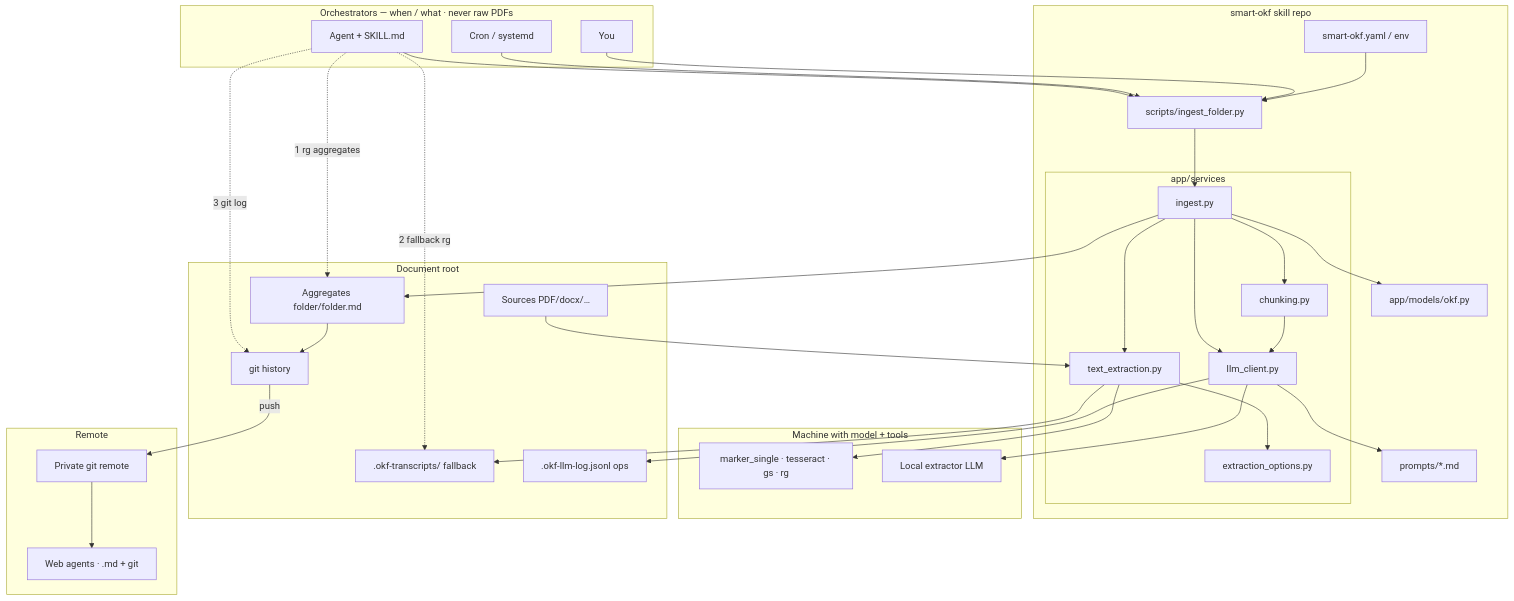
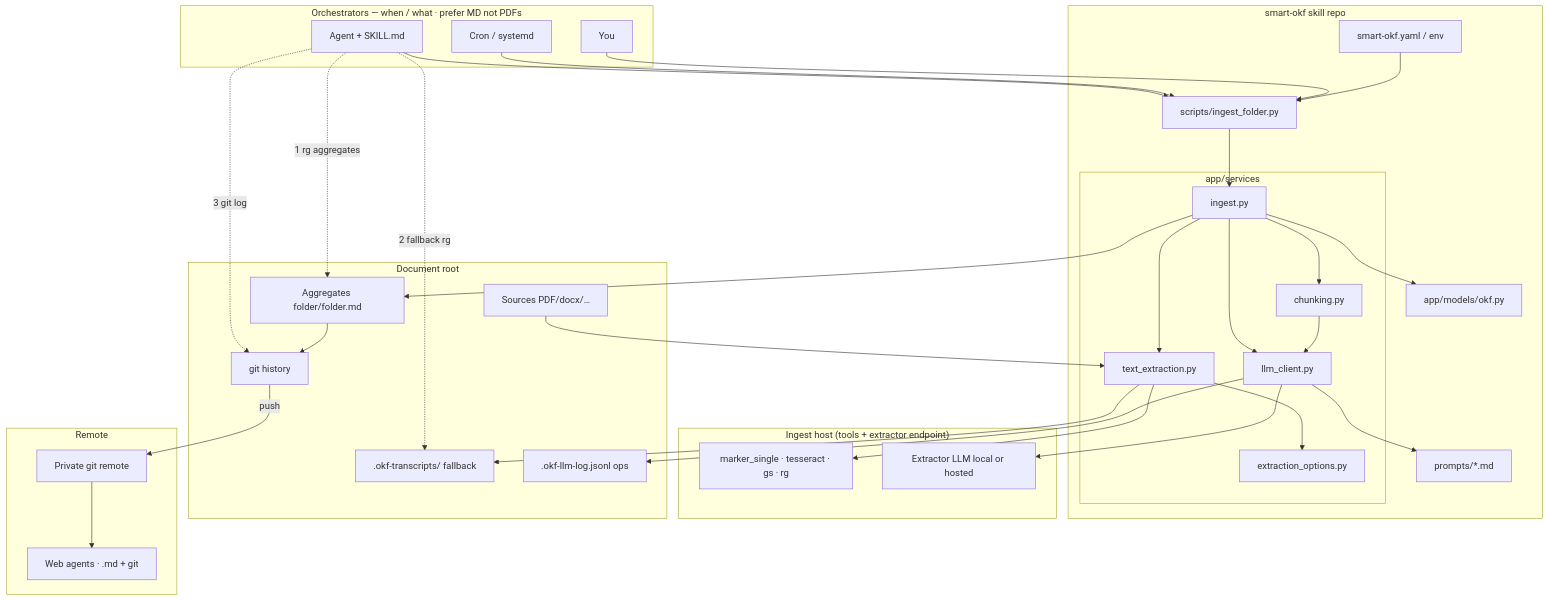
Before and after one commit to TuxLux40/smart-okf: the diagram in README.md, drawn with Mermaid. The commit also changed other lines of this file and 18 other files, not shown here.

````diff
--- a/README.md
+++ b/README.md
@@ -108,66 +144,66 @@
 ```mermaid
 flowchart TB
-  subgraph orchestrators["Orchestrators — when / what · never raw PDFs"]
+  subgraph orchestrators["Orchestrators — when / what · prefer MD not PDFs"]
     Agent["Agent + SKILL.md"]
     Cron["Cron / systemd"]
     Human["You"]
   end
 
   subgraph skill["smart-okf skill repo"]
     CLI["scripts/ingest_folder.py"]
     subgraph services["app/services"]
       Ingest["ingest.py"]
       Extract["text_extraction.py"]
       Chunk["chunking.py"]
       LLM["llm_client.py"]
       Opts["extraction_options.py"]
     end
     Models["app/models/okf.py"]
     Prompts["prompts/*.md"]
     Config["smart-okf.yaml / env"]
   end
 
-  subgraph local_machine["Machine with model + tools"]
+  subgraph local_machine["Ingest host (tools + extractor endpoint)"]
     ExtTools["marker_single · tesseract · gs · rg"]
-    Extractor["Local extractor LLM"]
+    Extractor["Extractor LLM local or hosted"]
   end
 
   subgraph docs["Document root"]
     Sources["Sources PDF/docx/…"]
     Agg["Aggregates folder/folder.md"]
     Tx[".okf-transcripts/ fallback"]
     Log[".okf-llm-log.jsonl ops"]
     GitLocal["git history"]
   end
 
   subgraph remote["Remote"]
     GitRemote["Private git remote"]
     WebAgent["Web agents · .md + git"]
   end
 
   Agent --> CLI
   Cron --> CLI
   Human --> CLI
   Agent -.->|1 rg aggregates| Agg
   Agent -.->|2 fallback rg| Tx
   Agent -.->|3 git log| GitLocal
 
   Config --> CLI
   CLI --> Ingest
   Ingest --> Extract
   Ingest --> Chunk
   Ingest --> LLM
   Ingest --> Models
   Extract --> Opts
   Extract --> ExtTools
   LLM --> Extractor
   LLM --> Prompts
   LLM --> Log
   Sources --> Extract
   Extract --> Tx
   Chunk --> LLM
   Ingest --> Agg
   Agg --> GitLocal
   GitLocal -->|push| GitRemote
   GitRemote --> WebAgent
 ```
````
